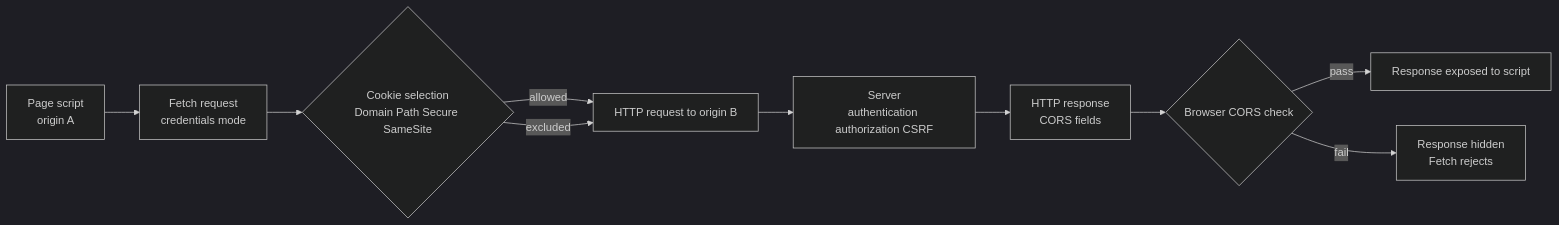
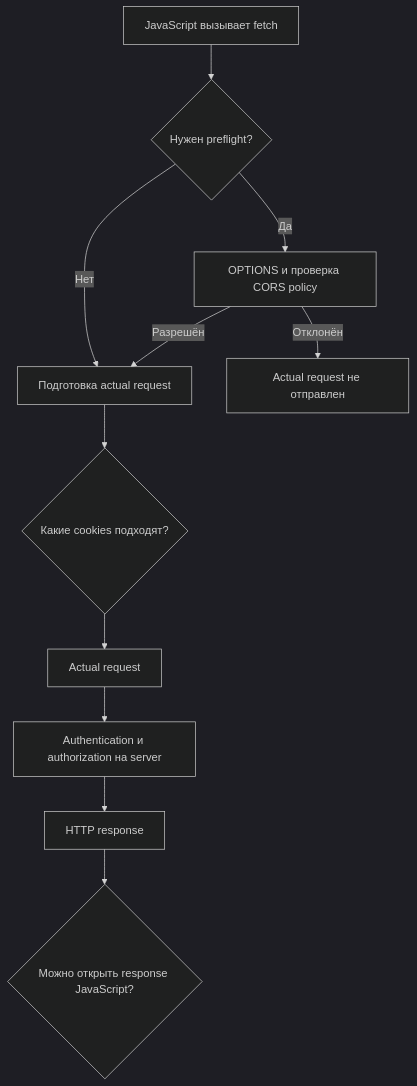
Before and after one commit to rogerok/learn-programming: the diagram in src/04-architecture/client-server/04-browser-state-and-security/04-browser-state-and-security.md, drawn with Mermaid (dark theme). The commit also changed other lines of this file and 175 other files, not shown here.

````diff
--- a/src/04-architecture/client-server/04-browser-state-and-security/04-browser-state-and-security.md
+++ b/src/04-architecture/client-server/04-browser-state-and-security/04-browser-state-and-security.md
@@ -42,12 +30,13 @@
 ```mermaid
-flowchart LR
-    P[Page script<br/>origin A] --> F[Fetch request<br/>credentials mode]
-    F --> K{Cookie selection<br/>Domain Path Secure SameSite}
-    K -->|allowed| Q[HTTP request to origin B]
-    K -->|excluded| Q
-    Q --> S[Server<br/>authentication authorization CSRF]
-    S --> R[HTTP response<br/>CORS fields]
-    R --> C{Browser CORS check}
-    C -->|pass| J[Response exposed to script]
-    C -->|fail| X[Response hidden<br/>Fetch rejects]
+flowchart TD
+    A[JavaScript вызывает fetch] --> B{Нужен preflight?}
+    B -->|Да| C[OPTIONS и проверка CORS policy]
+    B -->|Нет| D[Подготовка actual request]
+    C -->|Разрешён| D
+    C -->|Отклонён| X[Actual request не отправлен]
+    D --> E{Какие cookies подходят?}
+    E --> F[Actual request]
+    F --> G[Authentication и authorization на server]
+    G --> H[HTTP response]
+    H --> I{Можно открыть response JavaScript?}
 ```
````
